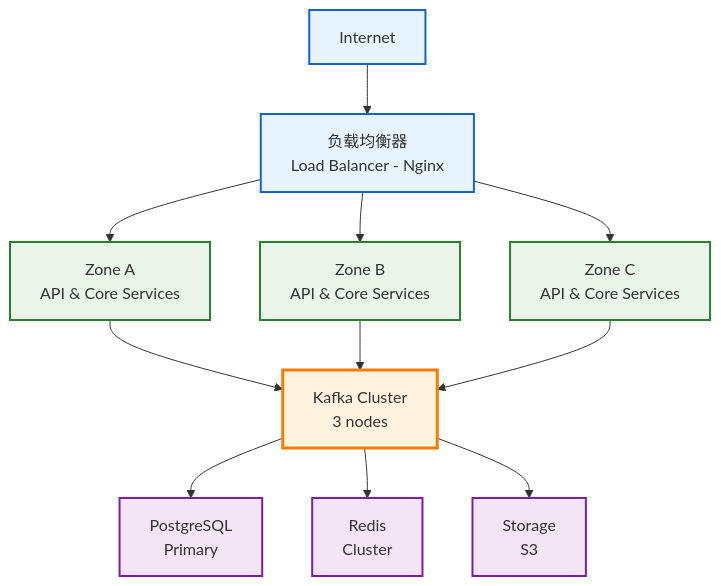
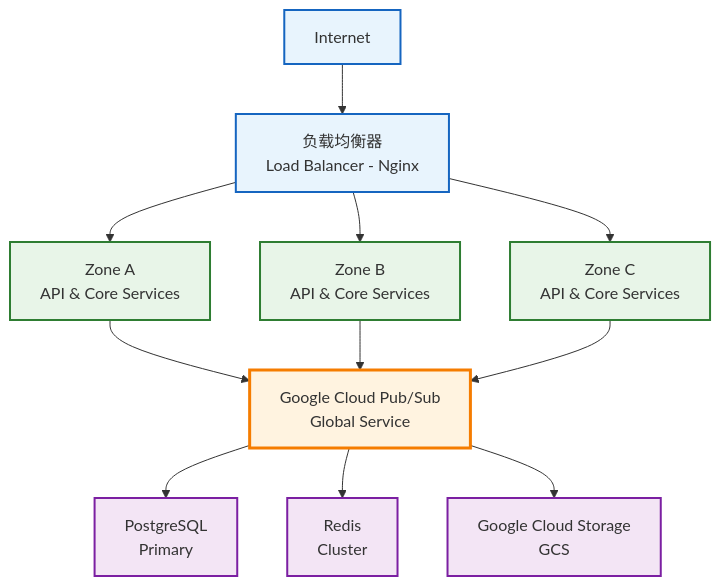
The fifth of 7 diagrams in docs/tech-design.md (Meteo-X/pixiu), drawn with Mermaid before and after one commit. The commit also changed other lines of this file and 16 other files, not shown here.

First line of the commit message:
docs: Update architecture from Kafka to Google Cloud Pub/Sub

````diff
--- a/docs/tech-design.md
+++ b/docs/tech-design.md
@@ -903,27 +910,27 @@
 ```mermaid
 graph TD
     Internet["Internet"] --> LB["负载均衡器<br/>Load Balancer - Nginx"]
     
     LB --> ZoneA["Zone A<br/>API & Core Services"]
     LB --> ZoneB["Zone B<br/>API & Core Services"]
     LB --> ZoneC["Zone C<br/>API & Core Services"]
     
-    ZoneA --> Kafka["Kafka Cluster<br/>3 nodes"]
-    ZoneB --> Kafka
-    ZoneC --> Kafka
+    ZoneA --> PubSub["Google Cloud Pub/Sub<br/>Global Service"]
+    ZoneB --> PubSub
+    ZoneC --> PubSub
     
-    Kafka --> PG["PostgreSQL<br/>Primary"]
-    Kafka --> Redis["Redis<br/>Cluster"]
-    Kafka --> S3["Storage<br/>S3"]
+    PubSub --> PG["PostgreSQL<br/>Primary"]
+    PubSub --> Redis["Redis<br/>Cluster"]
+    PubSub --> GCS["Google Cloud Storage<br/>GCS"]
     
     %% Styling
     classDef external fill:#e8f4fd,stroke:#1565c0,stroke-width:2px
     classDef zone fill:#e8f5e8,stroke:#2e7d32,stroke-width:2px
-    classDef kafka fill:#fff3e0,stroke:#f57c00,stroke-width:3px
+    classDef pubsub fill:#fff3e0,stroke:#f57c00,stroke-width:3px
     classDef storage fill:#f3e5f5,stroke:#7b1fa2,stroke-width:2px
     
     class Internet,LB external
     class ZoneA,ZoneB,ZoneC zone
-    class Kafka kafka
-    class PG,Redis,S3 storage
+    class PubSub pubsub
+    class PG,Redis,GCS storage
 ```
````
